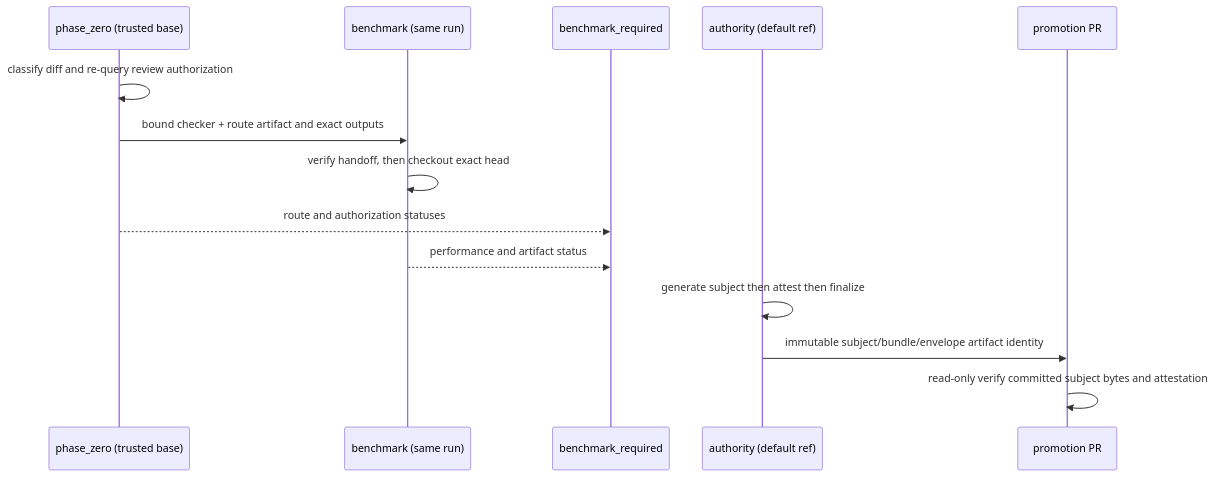
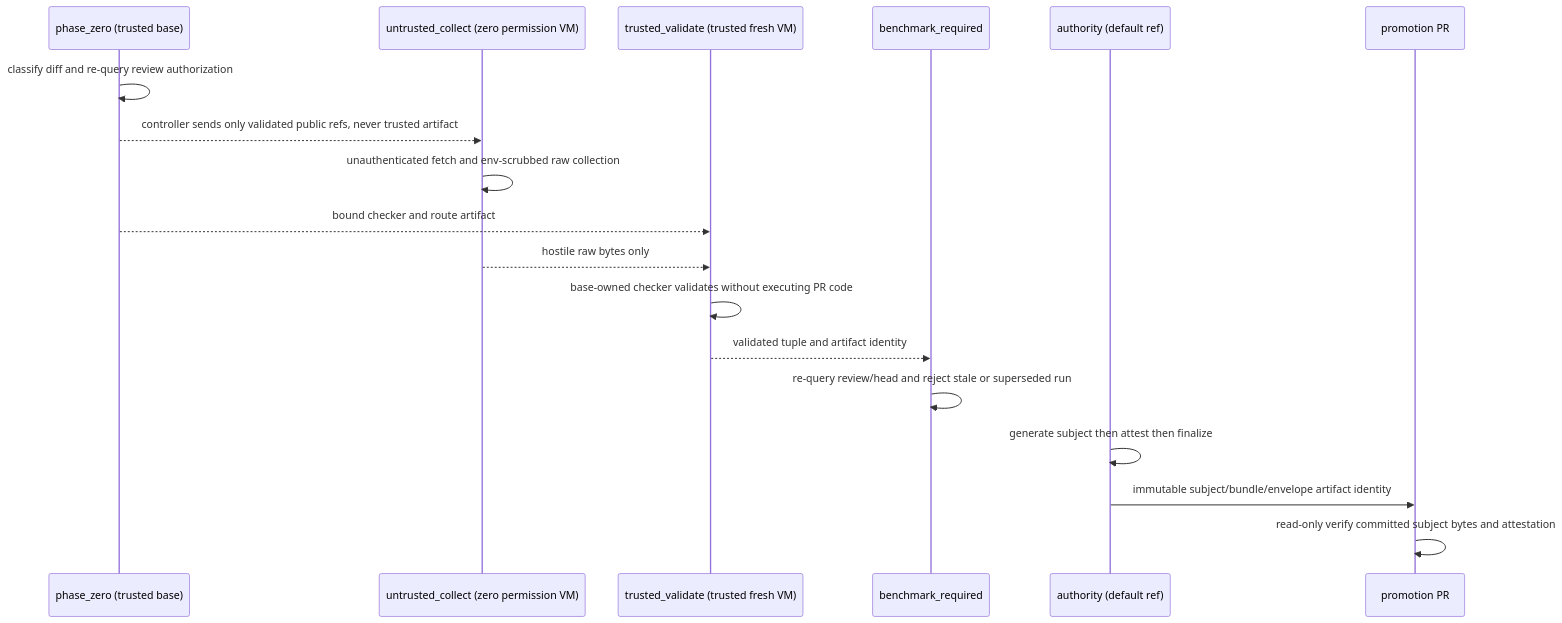
One commit to majiayu000/rnk changed the diagram in specs/GH85/tech.md. Above: the diagram before and after it, drawn with Mermaid. The commit also changed other lines of this file and 2 other files, not shown here.

Commit message:
fix(spec): isolate benchmark trust boundary

````diff
--- a/specs/GH85/tech.md
+++ b/specs/GH85/tech.md
@@ -788,16 +921,20 @@
 ```mermaid
 sequenceDiagram
     participant P as phase_zero (trusted base)
-    participant B as benchmark (same run)
+    participant U as untrusted_collect (zero permission VM)
+    participant V as trusted_validate (trusted fresh VM)
     participant S as benchmark_required
     participant A as authority (default ref)
     participant R as promotion PR
     P->>P: classify diff and re-query review authorization
-    P->>B: bound checker + route artifact and exact outputs
-    B->>B: verify handoff, then checkout exact head
-    P-->>S: route and authorization statuses
-    B-->>S: performance and artifact status
+    P-->>U: controller sends only validated public refs, never trusted artifact
+    U->>U: unauthenticated fetch and env-scrubbed raw collection
+    P-->>V: bound checker and route artifact
+    U-->>V: hostile raw bytes only
+    V->>V: base-owned checker validates without executing PR code
+    V-->>S: validated tuple and artifact identity
+    S->>S: re-query review/head and reject stale or superseded run
     A->>A: generate subject then attest then finalize
     A->>R: immutable subject/bundle/envelope artifact identity
     R->>R: read-only verify committed subject bytes and attestation
 ```
````
